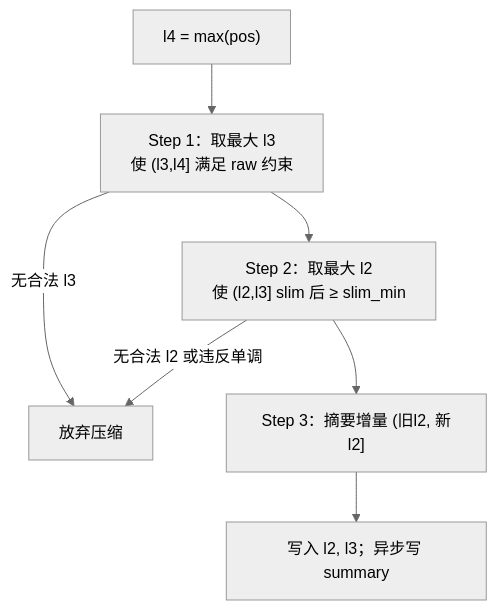
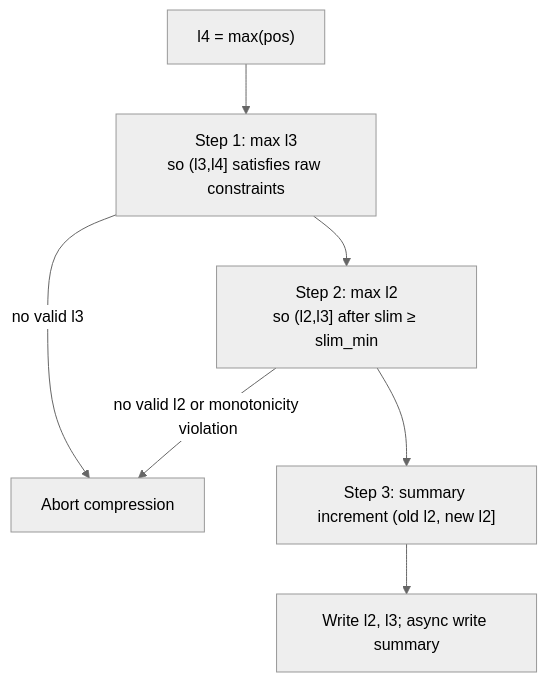
Before and after one commit to freeanima-org/freeanima: the fifth of 10 diagrams in docs/compression.md, drawn with Mermaid (neutral theme). The commit also changed other lines of this file and 114 other files, not shown here.

````diff
--- a/docs/compression.md
+++ b/docs/compression.md
@@ -186,10 +186,10 @@
 ```mermaid
 flowchart TD
   start["l4 = max(pos)"]
-  start --> s1["Step 1：取最大 l3<br/>使 (l3,l4] 满足 raw 约束"]
-  s1 -->|无合法 l3| abort["放弃压缩"]
-  s1 --> s2["Step 2：取最大 l2<br/>使 (l2,l3] slim 后 ≥ slim_min"]
-  s2 -->|无合法 l2 或违反单调| abort
-  s2 --> s3["Step 3：摘要增量 (旧l2, 新l2]"]
-  s3 --> write["写入 l2, l3；异步写 summary"]
+  start --> s1["Step 1: max l3<br/>so (l3,l4] satisfies raw constraints"]
+  s1 -->|no valid l3| abort["Abort compression"]
+  s1 --> s2["Step 2: max l2<br/>so (l2,l3] after slim ≥ slim_min"]
+  s2 -->|no valid l2 or monotonicity violation| abort
+  s2 --> s3["Step 3: summary increment (old l2, new l2]"]
+  s3 --> write["Write l2, l3; async write summary"]
 ```
````
